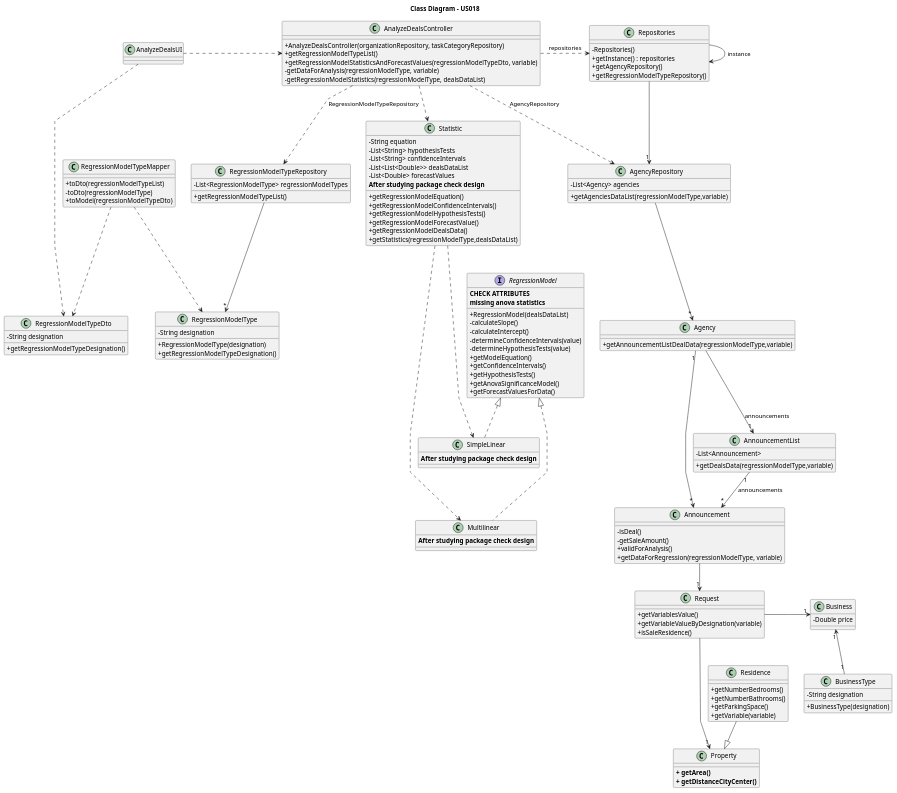
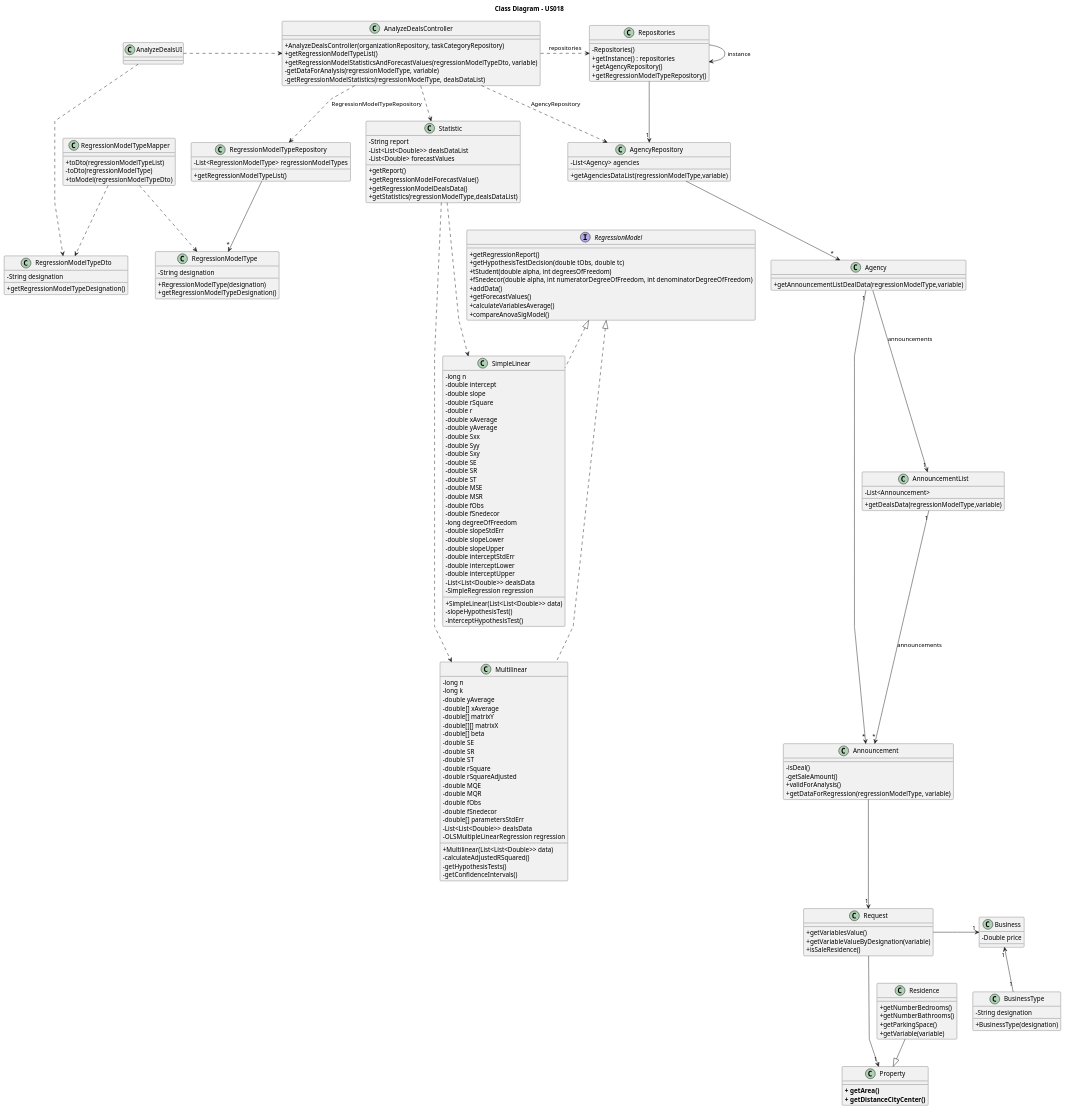
Before and after one commit to rita-barbosa/LAPR2-2223: the diagram in docs/sprintD/us018/03.design/puml/us018-class-diagram.puml, drawn with PlantUML. The commit also changed 3 other files, not shown here.

Commit message:
Update sequence & class diagram [US018][Design]

```diff
--- a/docs/sprintD/us018/03.design/puml/us018-class-diagram.puml
+++ b/docs/sprintD/us018/03.design/puml/us018-class-diagram.puml
@@ -74,18 +74,13 @@
 }
 
 class Statistic {
-- String equation
-- List<String> hypothesisTests
-- List<String> confidenceIntervals
+- String report
 - List<List<Double>> dealsDataList
 - List<Double> forecastValues
- + getRegressionModelEquation()
- + getRegressionModelConfidenceIntervals()
- + getRegressionModelHypothesisTests()
+ + getReport()
  + getRegressionModelForecastValue()
  + getRegressionModelDealsData()
  + getStatistics(regressionModelType,dealsDataList)
- **After studying package check design**
 }
 
 class Business
@@ -118,24 +113,71 @@
 }
 
 class SimpleLinear implements RegressionModel {
-**After studying package check design**
+- long n
+- double intercept
+- double slope
+- double rSquare
+- double r
+- double xAverage
+- double yAverage
+- double Sxx
+- double Syy
+- double Sxy
+- double SE
+- double SR
+- double ST
+- double MSE
+- double MSR
+- double fObs
+- double fSnedecor
+- long degreeOfFreedom
+- double slopeStdErr
+- double slopeLower
+- double slopeUpper
+- double interceptStdErr
+- double interceptLower
+- double interceptUpper
+- List<List<Double>> dealsData
+- SimpleRegression regression
++ SimpleLinear(List<List<Double>> data)
+- slopeHypothesisTest()
+- interceptHypothesisTest()
 }
 class Multilinear implements RegressionModel {
-**After studying package check design**
+- long n
+- long k
+- double yAverage
+- double[] xAverage
+- double[] matrixY
+- double[][] matrixX
+- double[] beta
+- double SE
+- double SR
+- double ST
+- double rSquare
+- double rSquareAdjusted
+- double MQE
+- double MQR
+- double fObs
+- double fSnedecor
+- double[] parametersStdErr
+- List<List<Double>> dealsData
+- OLSMultipleLinearRegression regression
++ Multilinear(List<List<Double>> data)
+- calculateAdjustedRSquared()
+- getHypothesisTests()
+- getConfidenceIntervals()
+
 }
 interface RegressionModel {
-**CHECK ATTRIBUTES**
- + RegressionModel(dealsDataList)
- - calculateSlope()
- - calculateIntercept()
- - determineConfidenceIntervals(value)
- - determineHypothesisTests(value)
- **missing anova statistics**
- + getModelEquation()
- + getConfidenceIntervals()
- + getHypothesisTests()
- + getAnovaSignificanceModel()
- + getForecastValuesForData()
++ getRegressionReport()
++ getHypothesisTestDecision(double tObs, double tc)
++ tStudent(double alpha, int degreesOfFreedom)
++ fSnedecor(double alpha, int numeratorDegreeOfFreedom, int denominatorDegreeOfFreedom)
++ addData()
++ getForecastValues()
++ calculateVariablesAverage()
++ compareAnovaSigModel()
 }
 
 
```
